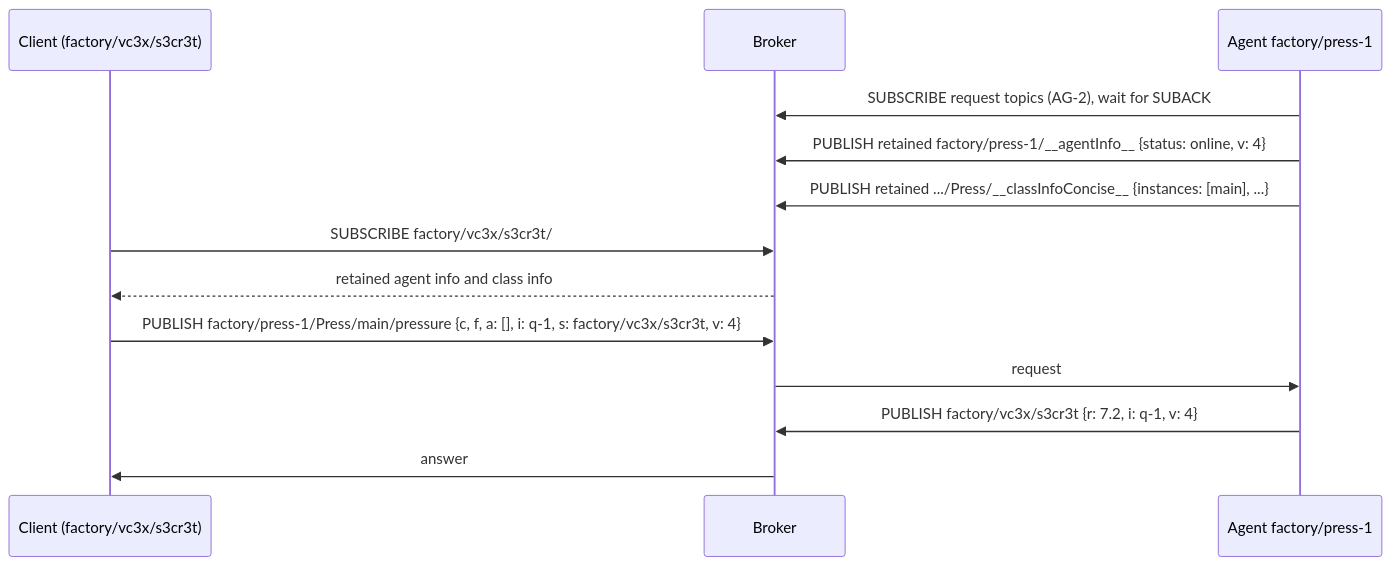
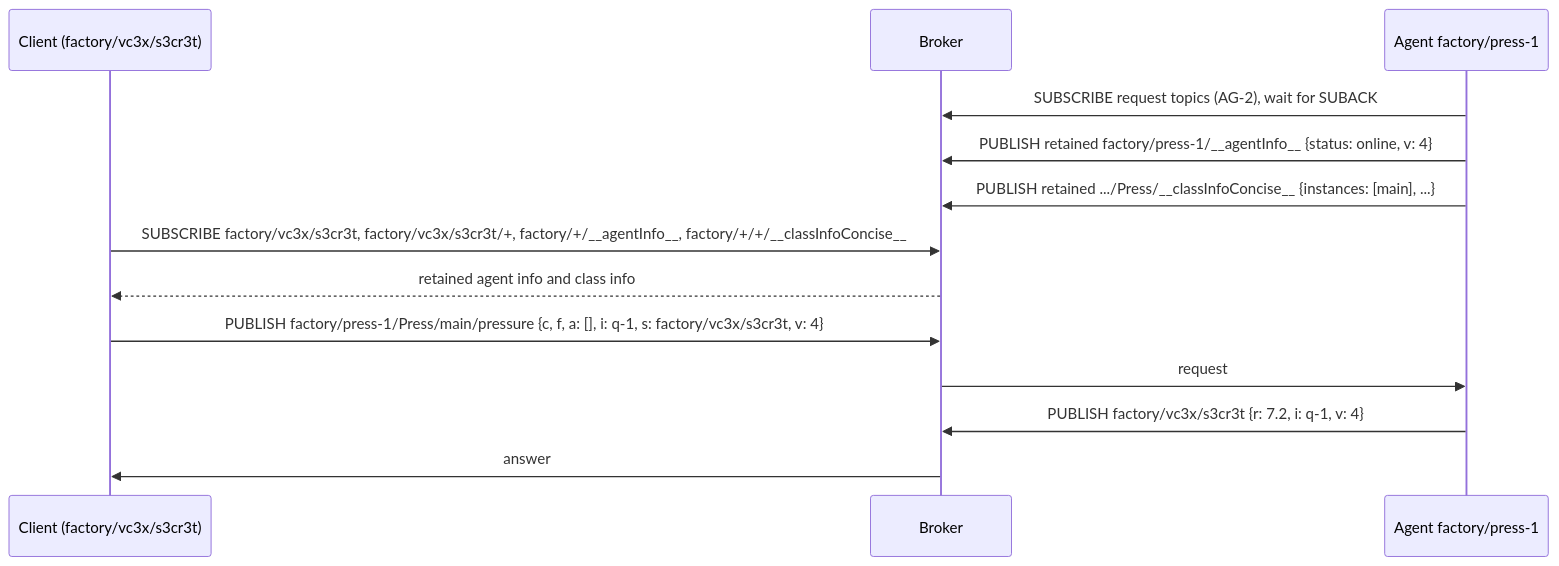
The third of 5 diagrams in docs/spec/protocol.md (heisenware/vrpc-js), drawn with Mermaid before and after one commit. The commit also changed other lines of this file and 9 other files, not shown here.

````diff
--- a/docs/spec/protocol.md
+++ b/docs/spec/protocol.md
@@ -1175,15 +1206,15 @@
 ```mermaid
 sequenceDiagram
   participant C as Client (factory/vc3x/s3cr3t)
   participant B as Broker
   participant A as Agent factory/press-1
   A->>B: SUBSCRIBE request topics (AG-2), wait for SUBACK
   A->>B: PUBLISH retained factory/press-1/__agentInfo__ {status: online, v: 4}
   A->>B: PUBLISH retained .../Press/__classInfoConcise__ {instances: [main], ...}
-  C->>B: SUBSCRIBE factory/vc3x/s3cr3t/#, factory/+/__agentInfo__, factory/+/+/__classInfoConcise__
+  C->>B: SUBSCRIBE factory/vc3x/s3cr3t, factory/vc3x/s3cr3t/+, factory/+/__agentInfo__, factory/+/+/__classInfoConcise__
   B-->>C: retained agent info and class info
   C->>B: PUBLISH factory/press-1/Press/main/pressure {c, f, a: [], i: q-1, s: factory/vc3x/s3cr3t, v: 4}
   B->>A: request
   A->>B: PUBLISH factory/vc3x/s3cr3t {r: 7.2, i: q-1, v: 4}
   B->>C: answer
 ```
````
